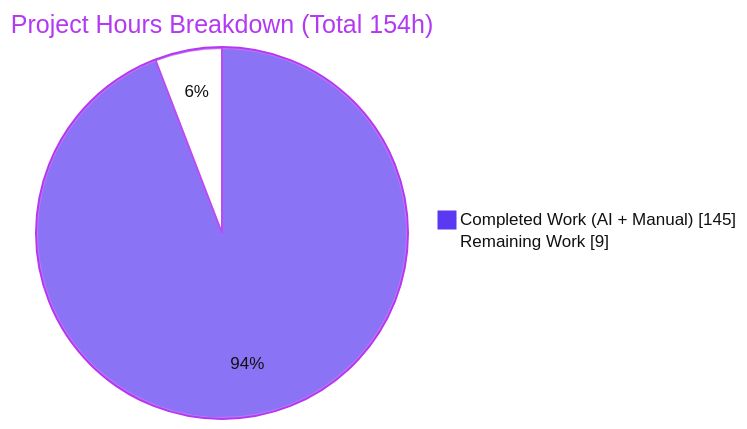
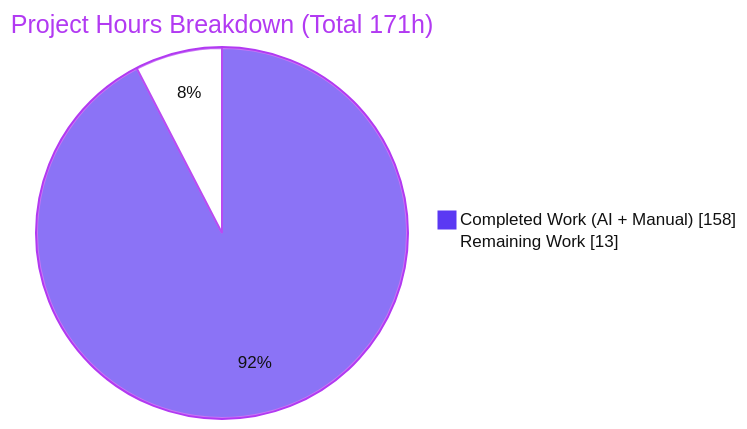
One commit to blitzy-public-samples/aws-carddemo-blitzy changed the second of 3 diagrams in blitzy/documentation/Project Guide.md. Above: the diagram before and after it, drawn with Mermaid. The commit also changed other lines of this file, not shown here.

Commit message:
Adding Blitzy Project Guide: Project Status and Human Tasks Remaining

````diff
--- a/blitzy/documentation/Project Guide.md
+++ b/blitzy/documentation/Project Guide.md
@@ -218,6 +245,6 @@
 ```mermaid
 %%{init: {'theme':'base','themeVariables':{'pie1':'#5B39F3','pie2':'#FFFFFF','pieStrokeColor':'#B23AF2','pieStrokeWidth':'2px','pieOuterStrokeColor':'#B23AF2','pieOuterStrokeWidth':'2px','pieTitleTextColor':'#B23AF2','pieSectionTextColor':'#111111','pieLegendTextColor':'#111111'}}}%%
-pie showData title Project Hours Breakdown (Total 154h)
-    "Completed Work (AI + Manual)" : 145
-    "Remaining Work" : 9
+pie showData title Project Hours Breakdown (Total 171h)
+    "Completed Work (AI + Manual)" : 158
+    "Remaining Work" : 13
 ```
````
